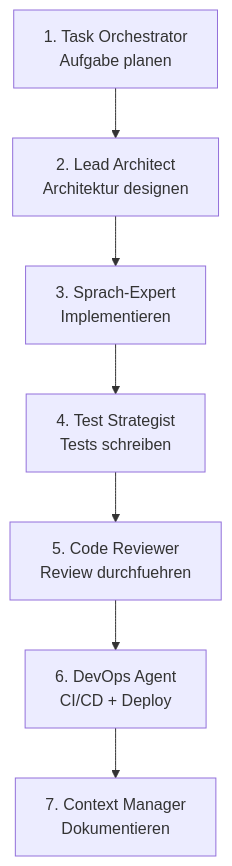
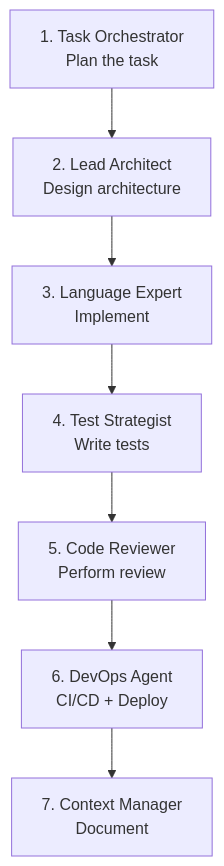
The diagram in assets/mkdocs/getting-started/workflow.md (atstaeff/ai-agents), drawn with Mermaid before and after one commit. The commit also changed other lines of this file and 17 other files, not shown here.

````diff
--- a/assets/mkdocs/getting-started/workflow.md
+++ b/assets/mkdocs/getting-started/workflow.md
@@ -9,9 +9,9 @@
 ```mermaid
 graph TD
-    A["1. Task Orchestrator<br/>Aufgabe planen"] --> B["2. Lead Architect<br/>Architektur designen"]
-    B --> C["3. Sprach-Expert<br/>Implementieren"]
-    C --> D["4. Test Strategist<br/>Tests schreiben"]
-    D --> E["5. Code Reviewer<br/>Review durchfuehren"]
+    A["1. Task Orchestrator<br/>Plan the task"] --> B["2. Lead Architect<br/>Design architecture"]
+    B --> C["3. Language Expert<br/>Implement"]
+    C --> D["4. Test Strategist<br/>Write tests"]
+    D --> E["5. Code Reviewer<br/>Perform review"]
     E --> F["6. DevOps Agent<br/>CI/CD + Deploy"]
-    F --> G["7. Context Manager<br/>Dokumentieren"]
+    F --> G["7. Context Manager<br/>Document"]
 ```
````
